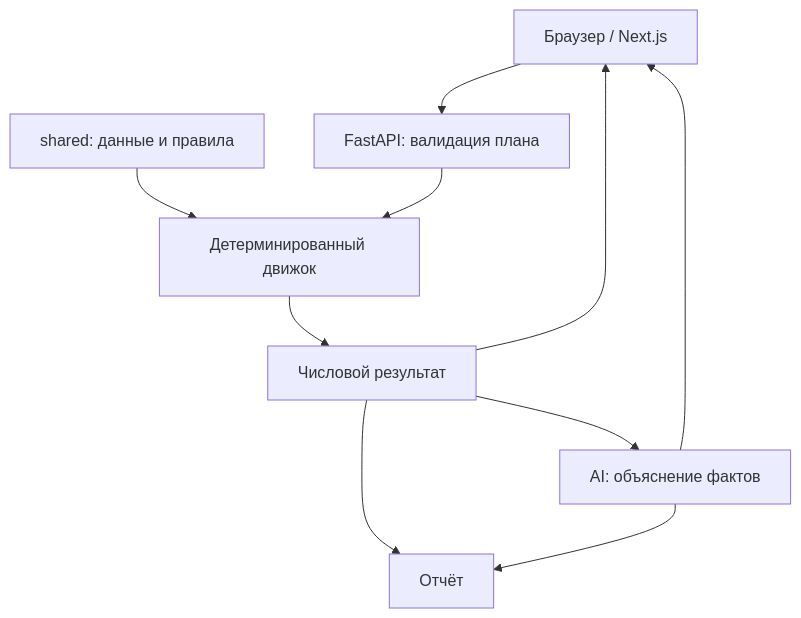
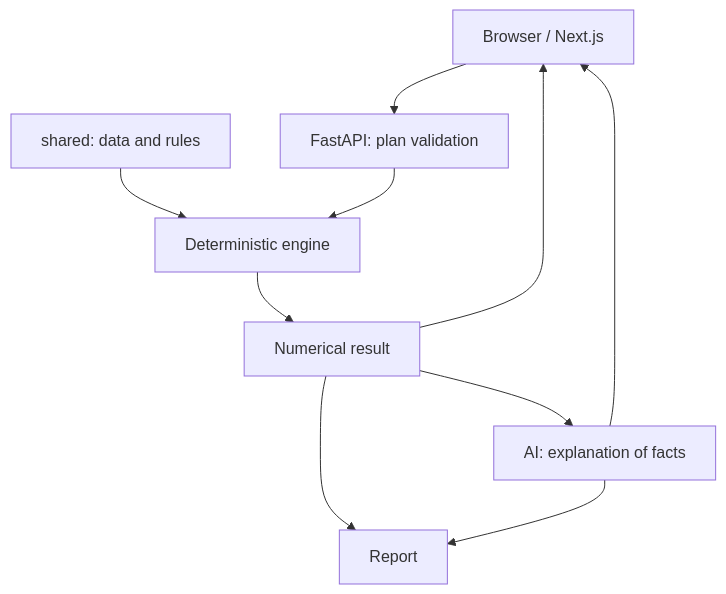
Before and after one commit to NuraliKuzhagaliev/akim-ai-lodz: the diagram in README.md, drawn with Mermaid. The commit also changed other lines of this file, not shown here.

````diff
--- a/README.md
+++ b/README.md
@@ -63,12 +63,12 @@
 ```mermaid
 flowchart TD
-    U["Браузер / Next.js"] --> V["FastAPI: валидация плана"]
-    D["shared: данные и правила"] --> E["Детерминированный движок"]
+    U["Browser / Next.js"] --> V["FastAPI: plan validation"]
+    D["shared: data and rules"] --> E["Deterministic engine"]
     V --> E
-    E --> R["Числовой результат"]
+    E --> R["Numerical result"]
     R --> U
-    R --> A["AI: объяснение фактов"]
+    R --> A["AI: explanation of facts"]
     A --> U
-    R --> B["Отчёт"]
+    R --> B["Report"]
     A --> B
 ```
````
